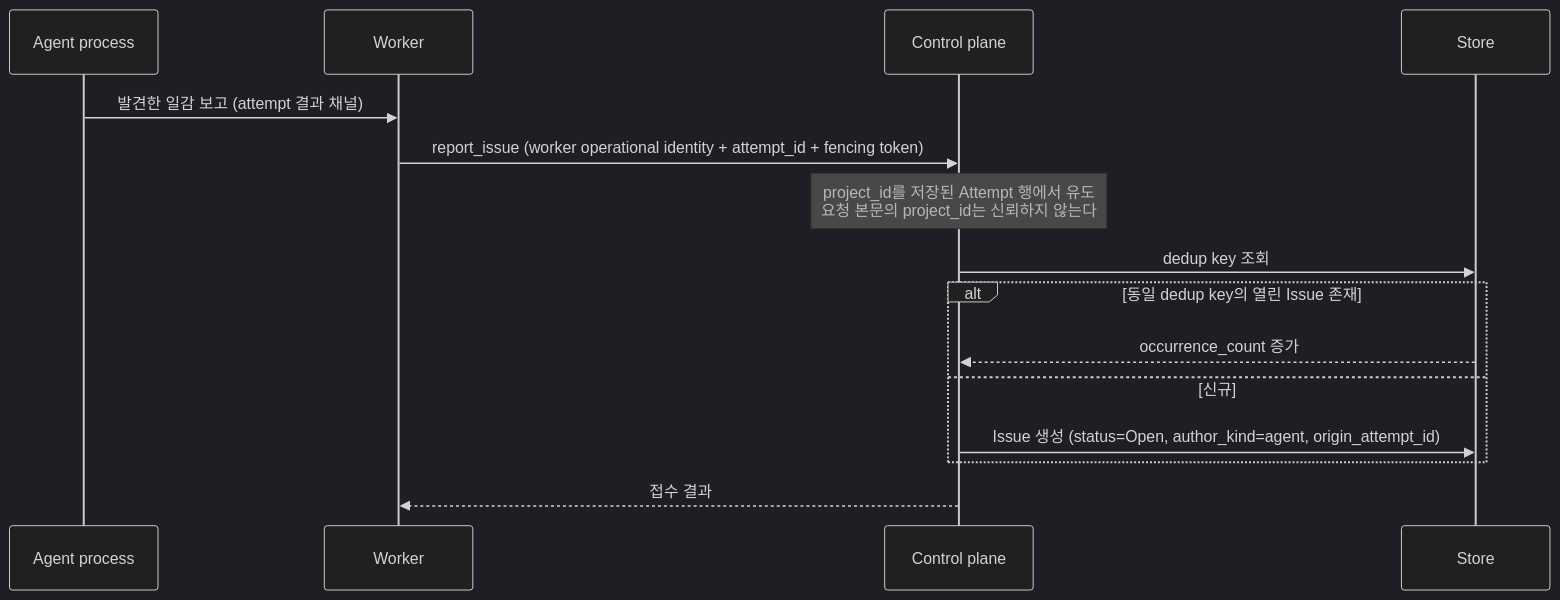
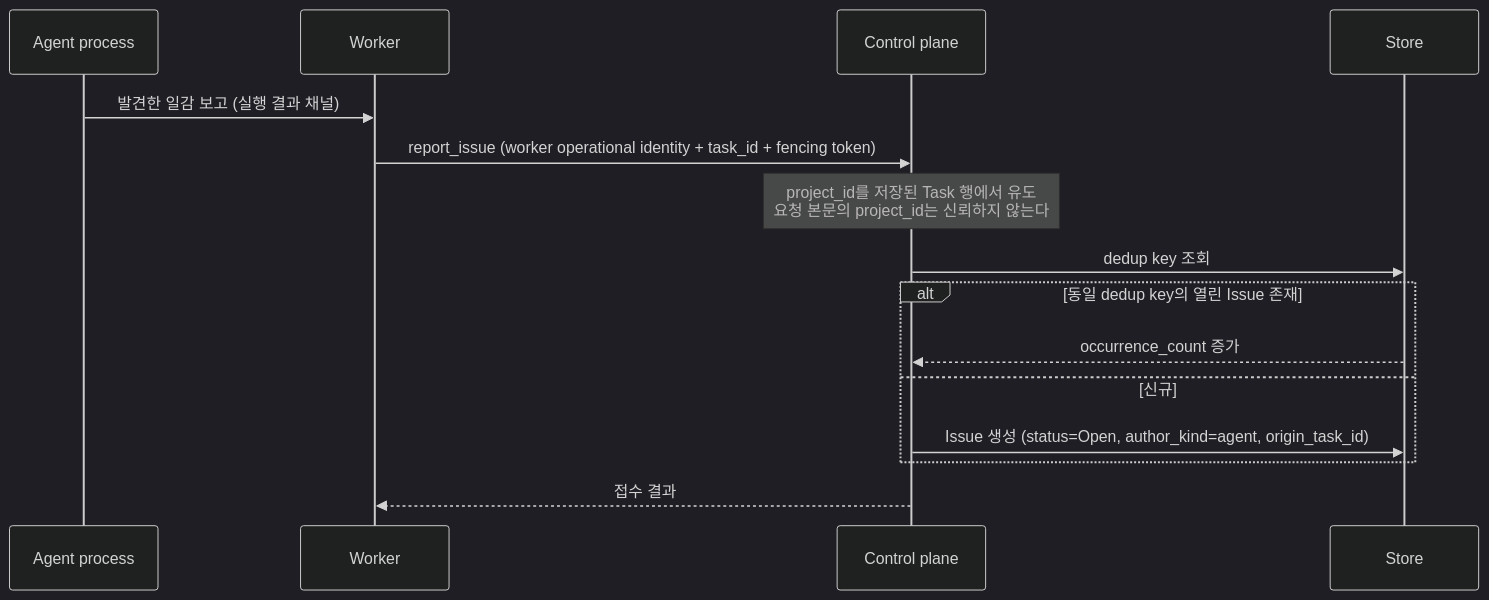
One commit to yarang/grok-fleet-orchestrator changed the second of 2 diagrams in docs/architecture/issues.md. Above: the diagram before and after it, drawn with Mermaid (dark theme). The commit also changed other lines of this file and 27 other files, not shown here.

````diff
--- a/docs/architecture/issues.md
+++ b/docs/architecture/issues.md
@@ -185,18 +185,18 @@
 ```mermaid
 sequenceDiagram
     participant A as Agent process
     participant W as Worker
     participant CP as Control plane
     participant DB as Store
 
-    A->>W: 발견한 일감 보고 (attempt 결과 채널)
-    W->>CP: report_issue (worker operational identity + attempt_id + fencing token)
-    Note over CP: project_id를 저장된 Attempt 행에서 유도<br/>요청 본문의 project_id는 신뢰하지 않는다
+    A->>W: 발견한 일감 보고 (실행 결과 채널)
+    W->>CP: report_issue (worker operational identity + task_id + fencing token)
+    Note over CP: project_id를 저장된 Task 행에서 유도<br/>요청 본문의 project_id는 신뢰하지 않는다
     CP->>DB: dedup key 조회
     alt 동일 dedup key의 열린 Issue 존재
         DB-->>CP: occurrence_count 증가
     else 신규
-        CP->>DB: Issue 생성 (status=Open, author_kind=agent, origin_attempt_id)
+        CP->>DB: Issue 생성 (status=Open, author_kind=agent, origin_task_id)
     end
     CP-->>W: 접수 결과
 ```
````
